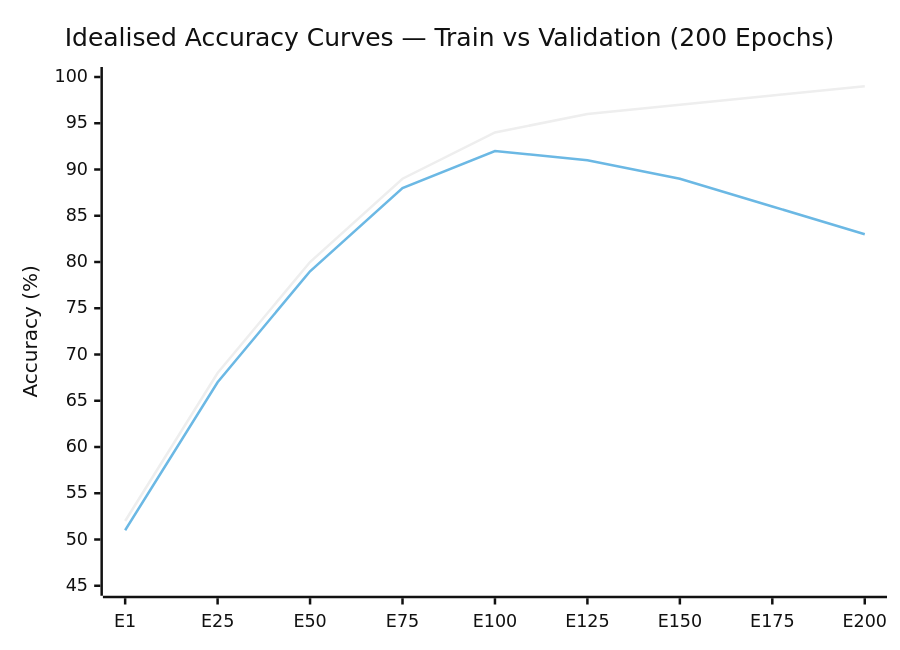
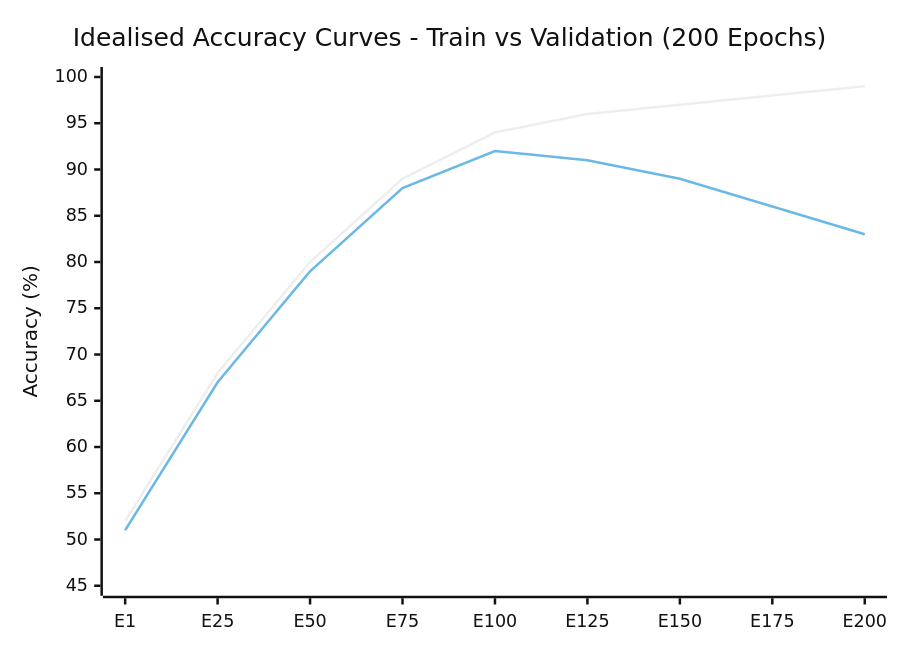
One commit to hkevin01/epochs-demo changed the ninth of 13 diagrams in README.md. Above: the diagram before and after it, drawn with Mermaid (neutral theme). The commit also changed other lines of this file, not shown here.

````diff
--- a/README.md
+++ b/README.md
@@ -1048,8 +1048,8 @@
 ```mermaid
 xychart-beta
-    title "Idealised Accuracy Curves — Train vs Validation (200 Epochs)"
+    title "Idealised Accuracy Curves  -  Train vs Validation (200 Epochs)"
     x-axis ["E1","E25","E50","E75","E100","E125","E150","E175","E200"]
     y-axis "Accuracy (%)" 45 --> 100
     line [52, 68, 80, 89, 94, 96, 97, 98, 99]
     line [51, 67, 79, 88, 92, 91, 89, 86, 83]
 ```
````
